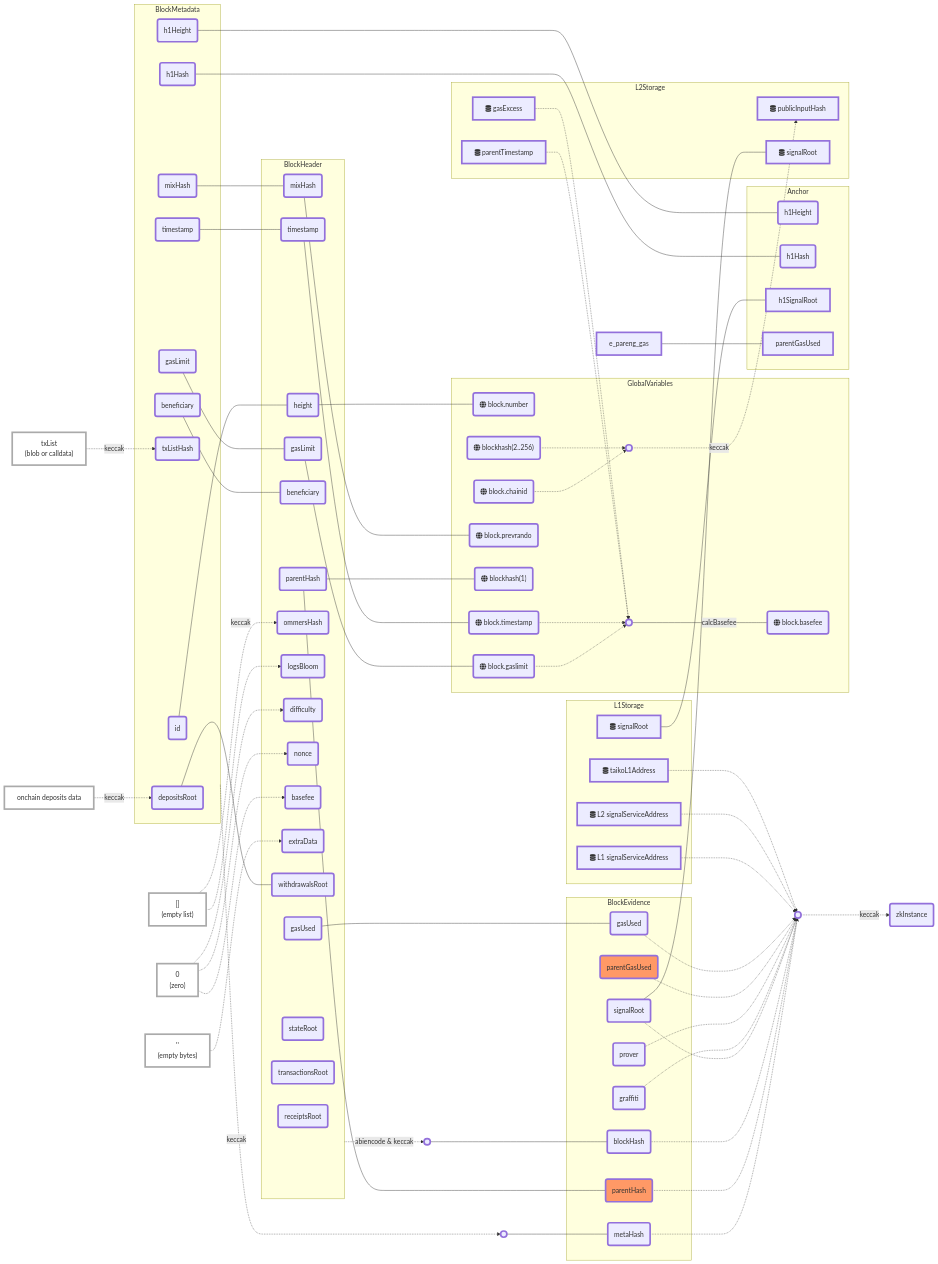
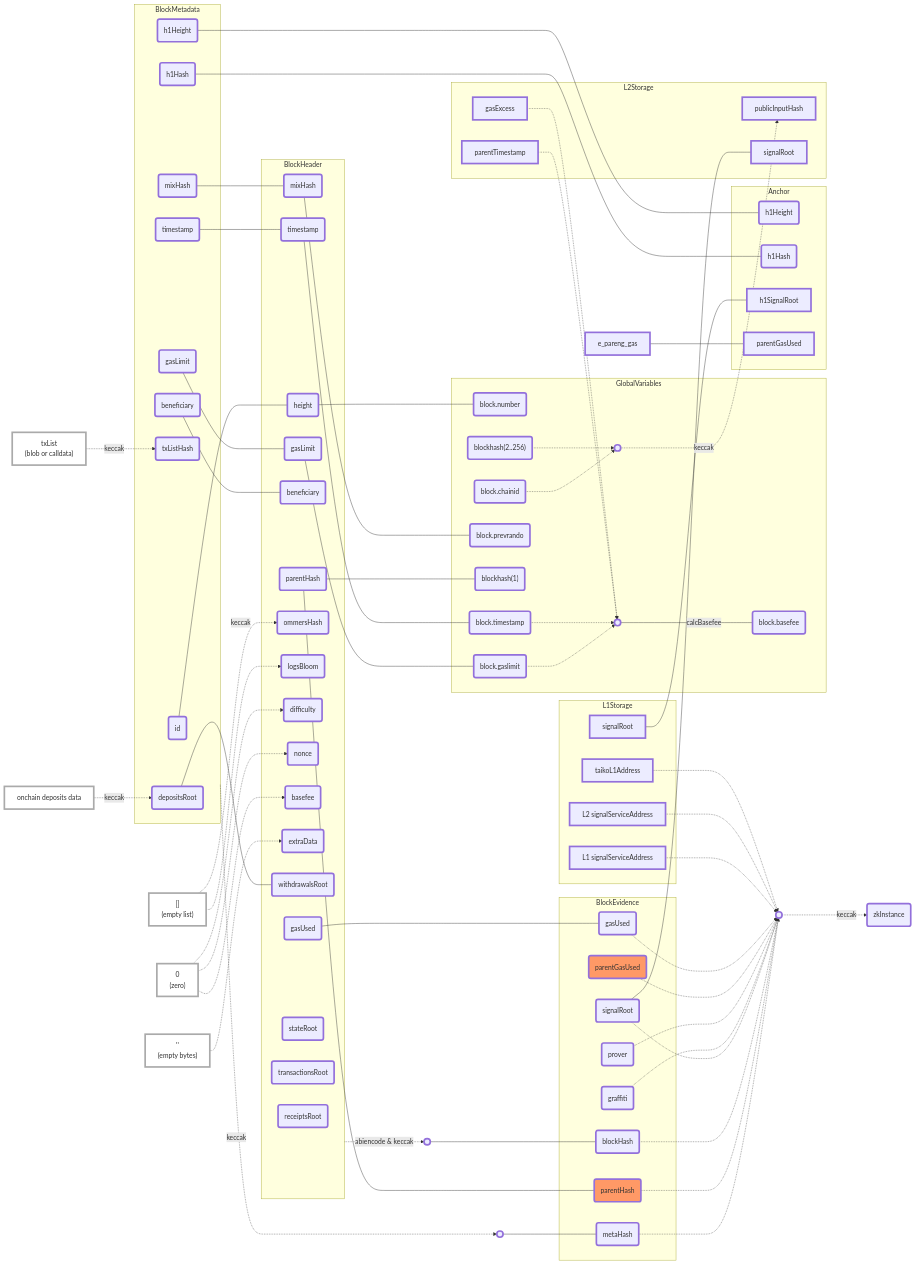
The diagram in packages/protocol/docs/ZKReq.md (taikoxyz/taiko-mono), drawn with Mermaid before and after one commit.

```diff
--- a/packages/protocol/docs/ZKReq.md
+++ b/packages/protocol/docs/ZKReq.md
@@ -77,14 +77,14 @@
 end
 
 subgraph GlobalVariables
-v_block_number(fa:fa-globe block.number)
-v_block_gaslimit(fa:fa-globe block.gaslimit)
-v_block_timestamp(fa:fa-globe block.timestamp)
-v_block_prevrando(fa:fa-globe block.prevrando)
-v_blockhash_1("fa:fa-globe blockhash(1)")
-v_blockhash_others("fa:fa-globe blockhash(2..256)")
-v_block_chainid("fa:fa-globe block.chainid")
-v_block_basefee("fa:fa-globe block.basefee")
+v_block_number(block.number)
+v_block_gaslimit(block.gaslimit)
+v_block_timestamp(block.timestamp)
+v_block_prevrando(block.prevrando)
+v_blockhash_1("blockhash(1)")
+v_blockhash_others("blockhash(2..256)")
+v_block_chainid("block.chainid")
+v_block_basefee("block.basefee")
 dot1((" "))
 dot2((" "))
 end
@@ -98,18 +98,18 @@
 end
 
 subgraph L1Storage
-b_signal_root[fa:fa-database signalRoot]
-b_l1_taiko_addr[fa:fa-database taikoL1Address]
-b_l1_signal_service_addr[fa:fa-database L1 signalServiceAddress]
-b_l2_signal_service_addr[fa:fa-database L2 signalServiceAddress]
+b_signal_root[signalRoot]
+b_l1_taiko_addr[taikoL1Address]
+b_l1_signal_service_addr[L1 signalServiceAddress]
+b_l2_signal_service_addr[L2 signalServiceAddress]
 end
 
 
 subgraph L2Storage
-s_public_input_hash[fa:fa-database publicInputHash]
-s_parent_timestamp[fa:fa-database parentTimestamp]
-s_gas_excess[fa:fa-database gasExcess]
-s_signal_root[fa:fa-database signalRoot]
+s_public_input_hash[publicInputHash]
+s_parent_timestamp[parentTimestamp]
+s_gas_excess[gasExcess]
+s_signal_root[signalRoot]
 end
 
 
```
